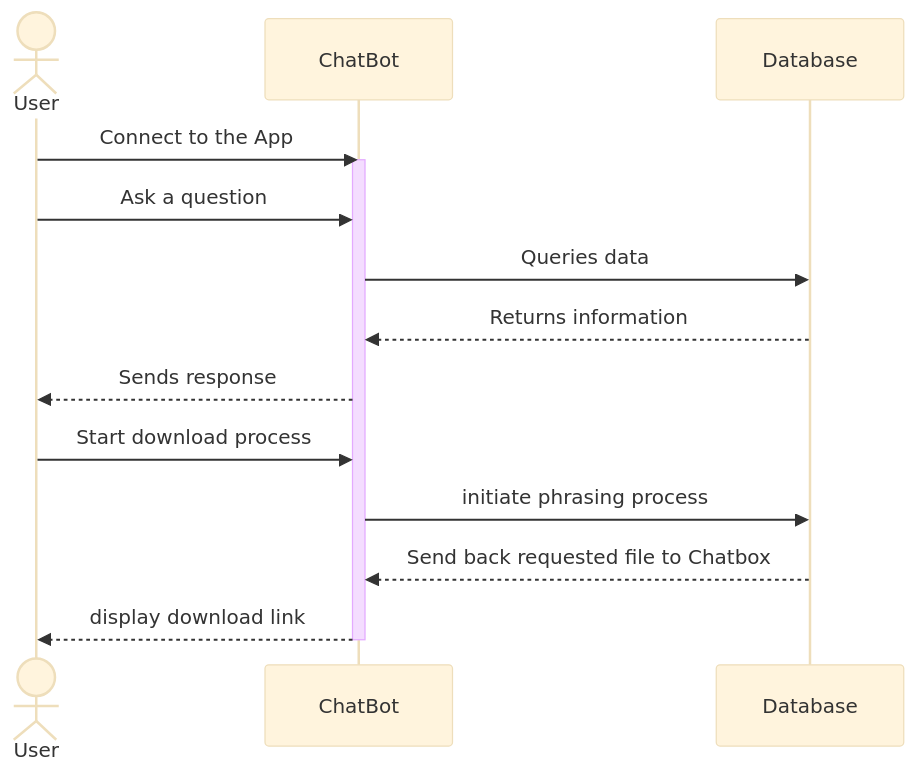
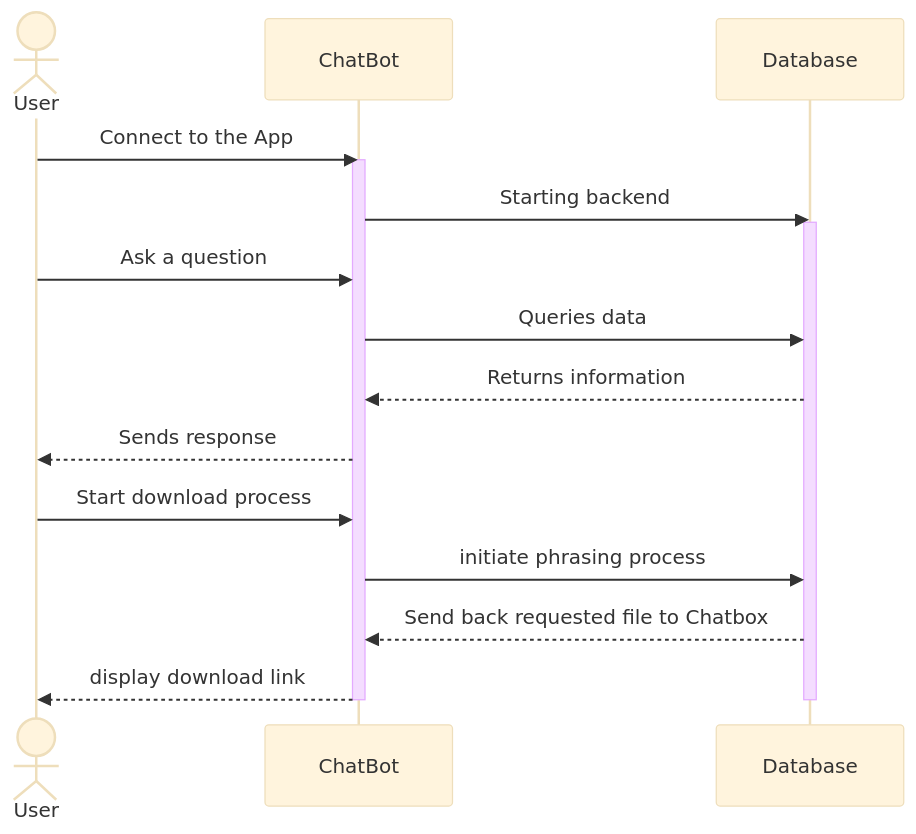
Before and after one commit to Capstone-Projects-2025-Spring/project-003-bioinformatics-chatbot: the second of 5 diagrams in documentation/docs/requirements/use-case-descriptions.md, drawn with Mermaid (base theme). The commit also changed other lines of this file, not shown here.

````diff
--- a/documentation/docs/requirements/use-case-descriptions.md
+++ b/documentation/docs/requirements/use-case-descriptions.md
@@ -64,20 +67,24 @@
 ```mermaid
 sequenceDiagram
     actor A as User
     participant B as ChatBot
     participant C as Database
     
     
     A->>B: Connect to the App
+    
     activate B
+    B->>C: Starting backend
+    activate C
     A->>B: Ask a question
     B->>C: Queries data
     C-->>B: Returns information
     B-->>A: Sends response
 
     A->>B: Start download process
     B->>C: initiate phrasing process
     C-->>B: Send back requested file to Chatbox
     B-->>A: display download link
     deactivate B
+    deactivate C
 ```
````
